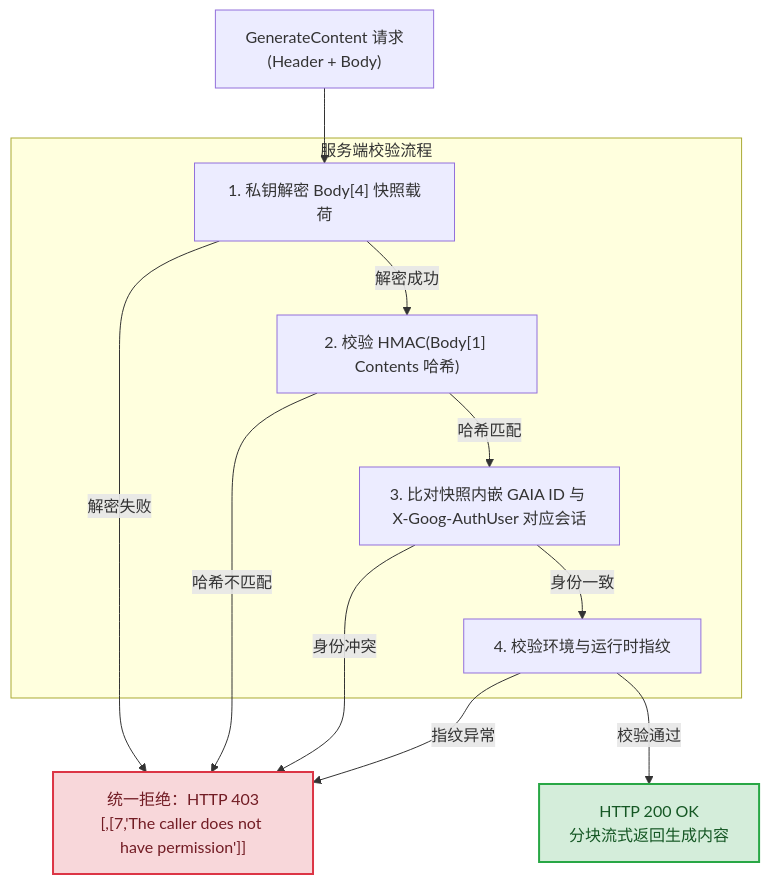
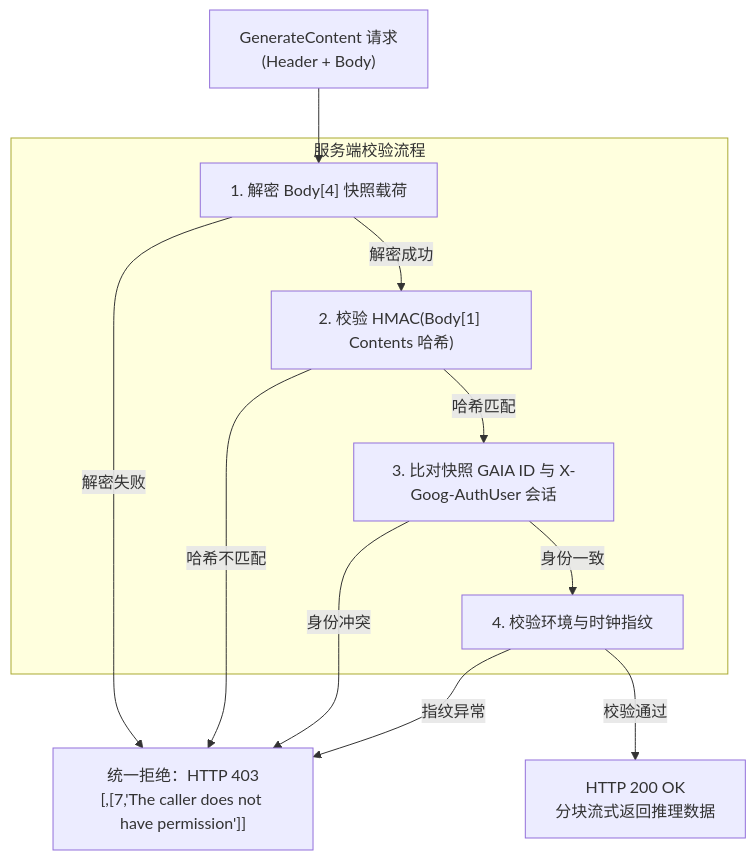
The third of 3 diagrams in docs/BOTGUARD_VERIFICATION_CHAIN.md (DeconstructedCube/aistudio-api), drawn with Mermaid before and after one commit. The commit also changed other lines of this file and 43 other files, not shown here.

````diff
--- a/docs/BOTGUARD_VERIFICATION_CHAIN.md
+++ b/docs/BOTGUARD_VERIFICATION_CHAIN.md
@@ -244,24 +246,21 @@
 ```mermaid
 flowchart TD
     Req["GenerateContent 请求<br/>(Header + Body)"] --> Step1
 
     subgraph GatewayValidation ["服务端校验流程"]
-        Step1["1. 私钥解密 Body[4] 快照载荷"]
+        Step1["1. 解密 Body[4] 快照载荷"]
         Step2["2. 校验 HMAC(Body[1] Contents 哈希)"]
-        Step3["3. 比对快照内嵌 GAIA ID 与 X-Goog-AuthUser 对应会话"]
-        Step4["4. 校验环境与运行时指纹"]
+        Step3["3. 比对快照 GAIA ID 与 X-Goog-AuthUser 会话"]
+        Step4["4. 校验环境与时钟指纹"]
 
         Step1 -->|解密成功| Step2
         Step2 -->|哈希匹配| Step3
         Step3 -->|身份一致| Step4
     end
 
     Step1 -->|解密失败| Reject["统一拒绝：HTTP 403<br/>[,[7,'The caller does not have permission']]"]
     Step2 -->|哈希不匹配| Reject
     Step3 -->|身份冲突| Reject
     Step4 -->|指纹异常| Reject
-    Step4 -->|校验通过| Accept["HTTP 200 OK<br/>分块流式返回生成内容"]
-
-    style Accept fill:#d4edda,stroke:#28a745,stroke-width:2px,color:#155724
-    style Reject fill:#f8d7da,stroke:#dc3545,stroke-width:2px,color:#721c24
+    Step4 -->|校验通过| Accept["HTTP 200 OK<br/>分块流式返回推理数据"]
 ```
````
